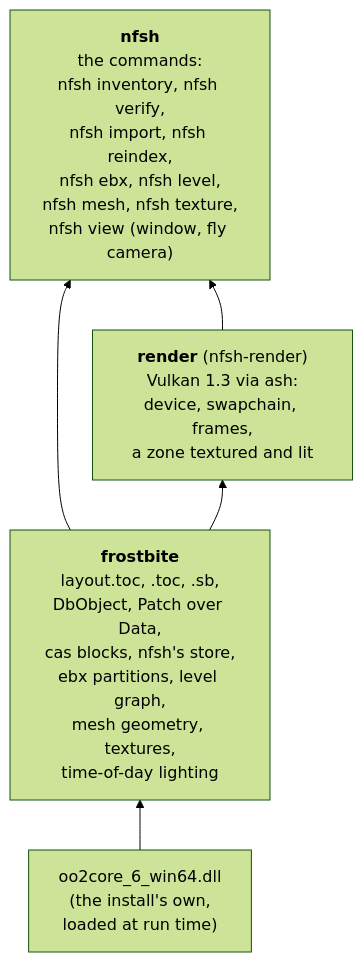
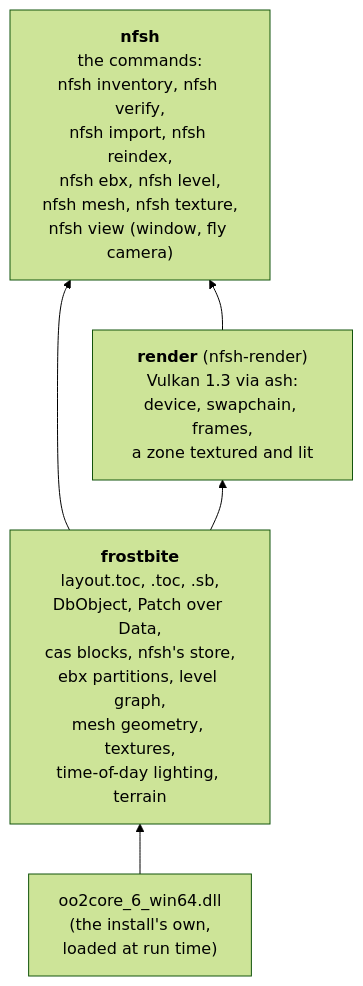
The second of 4 diagrams in docs/OVERVIEW.md (cmprssd/nfsh), drawn with Mermaid (forest theme) before and after one commit. The commit also changed other lines of this file and 10 other files, not shown here.

````diff
--- a/docs/OVERVIEW.md
+++ b/docs/OVERVIEW.md
@@ -60,11 +60,11 @@
 ```mermaid
 flowchart BT
-    fb["<b>frostbite</b><br/>layout.toc, .toc, .sb,<br/>DbObject, Patch over Data,<br/>cas blocks, nfsh's store,<br/>ebx partitions, level graph,<br/>mesh geometry, textures,<br/>time-of-day lighting"]
+    fb["<b>frostbite</b><br/>layout.toc, .toc, .sb,<br/>DbObject, Patch over Data,<br/>cas blocks, nfsh's store,<br/>ebx partitions, level graph,<br/>mesh geometry, textures,<br/>time-of-day lighting, terrain"]
     oo["oo2core_6_win64.dll<br/>(the install's own,<br/>loaded at run time)"]
     render["<b>render</b> (nfsh-render)<br/>Vulkan 1.3 via ash:<br/>device, swapchain, frames,<br/>a zone textured and lit"]
     app["<b>nfsh</b><br/>the commands:<br/>nfsh inventory, nfsh verify,<br/>nfsh import, nfsh reindex,<br/>nfsh ebx, nfsh level,<br/>nfsh mesh, nfsh texture,<br/>nfsh view (window, fly camera)"]
     oo --> fb
     fb --> render
     fb --> app
     render --> app
 ```
````
